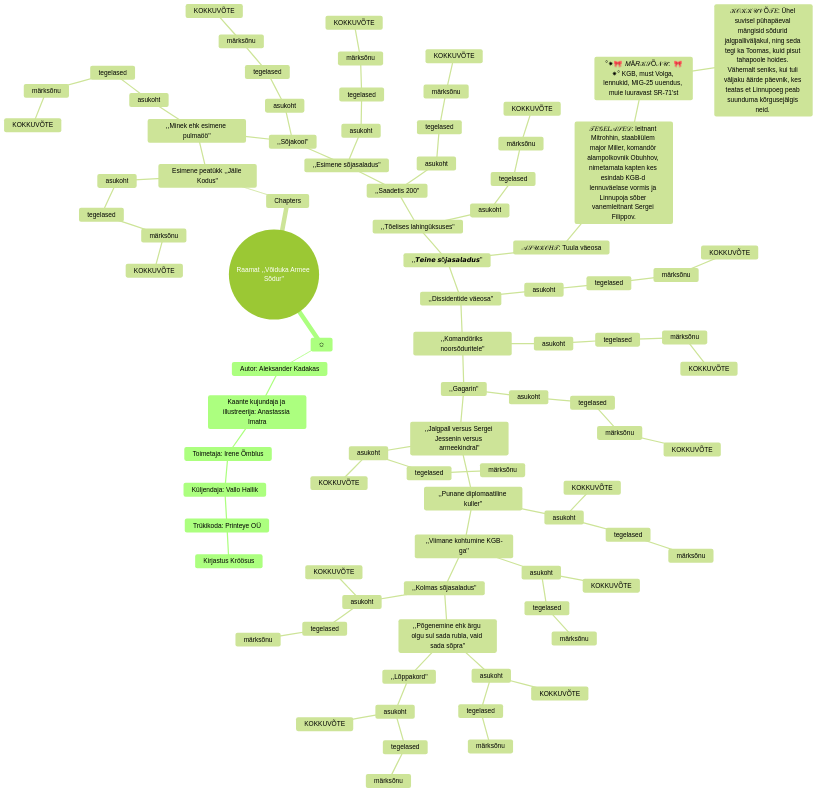
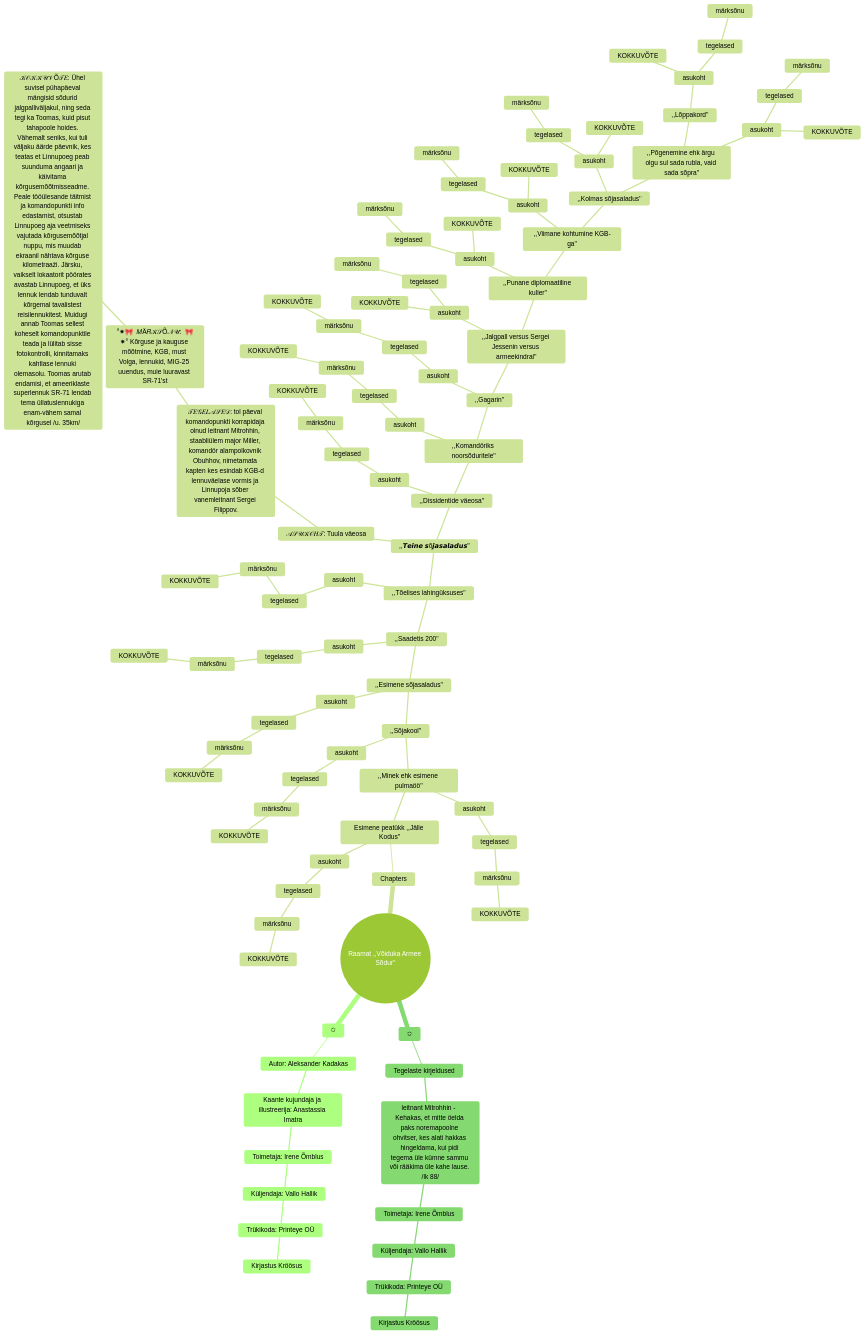
Before and after one commit to 4avik/Voiduka-Armee-Sodur: the first of 2 diagrams in README.md, drawn with Mermaid (forest theme).

````diff
--- a/README.md
+++ b/README.md
@@ -55,9 +55,9 @@
    		  	          ,,𝙏𝙚𝙞𝙣𝙚 𝙨õ𝙟𝙖𝙨𝙖𝙡𝙖𝙙𝙪𝙨''
           	            %%86
 				                𝒜𝒮𝒰𝒦𝒪𝐻𝒯: Tuula väeosa
-					                  𝒯𝐸𝒢𝐸𝐿𝒜𝒮𝐸𝒟: leitnant Mitrohhin, staabliülem major Miller, komandör alampolkovnik Obuhhov, nimetamata kapten kes esindab KGB-d lennuväelase vormis ja Linnupoja sõber vanemleitnant Sergei Filippov.
-						                   °✷🎀  𝑀Ä𝑅𝒦𝒮Õ𝒩𝒰:  🎀✷° KGB, must Volga, lennukid, MIG-25 uuendus, muie luuravast SR-71'st
-							                    𝒦𝒪𝒦𝒦𝒰𝒱Õ𝒯𝐸: Ühel suvisel pühapäeval mängisid sõdurid jalgpalliväljakul, ning seda tegi ka Toomas, kuid pisut tahapoole hoides. Vähemalt seniks, kui tuli väljaku äärde päevnik, kes teatas et Linnupoeg peab suunduma kõrgusejälgis neid. 
+					                  𝒯𝐸𝒢𝐸𝐿𝒜𝒮𝐸𝒟: tol päeval komandopunkti korrapidaja olnud leitnant Mitrohhin, staabliülem major Miller, komandör alampolkovnik Obuhhov, nimetamata kapten kes esindab KGB-d lennuväelase vormis ja Linnupoja sõber vanemleitnant Sergei Filippov.
+						                   °✷🎀  𝑀Ä𝑅𝒦𝒮Õ𝒩𝒰:  🎀✷° Kõrguse ja kauguse mõõtmine, KGB, must Volga, lennukid, MIG-25 uuendus, muie luuravast SR-71'st
+							                    𝒦𝒪𝒦𝒦𝒰𝒱Õ𝒯𝐸: Ühel suvisel pühapäeval mängisid sõdurid jalgpalliväljakul, ning seda tegi ka Toomas, kuid pisut tahapoole hoides. Vähemalt seniks, kui tuli väljaku äärde päevnik, kes teatas et Linnupoeg peab suunduma angaari ja käivitama kõrgusemõõtmisseadme. Peale tööülesande täitmist ja komandopunkti info edastamist, otsustab Linnupoeg aja veetmiseks vajutada kõrgusemõõtjal nuppu, mis muudab ekraanil nähtava kõrguse kilometraaži. Järsku, vaikselt lokaatorit pöörates avastab Linnupoeg, et üks lennuk lendab tunduvalt kõrgemal tavalistest reisilennukitest. Muidugi annab Toomas sellest koheselt komandopunktile teada ja lülitab sisse fotokontrolli, kinnitamaks kahtlase lennuki olemasolu. Toomas arutab endamisi, et ameeriklaste superlennuk SR-71 lendab tema üllatuslennukiga enam-vähem samal kõrgusel /u. 35km/
 
    		  	            ,,Dissidentide väeosa''
           	              %%94
@@ -113,4 +113,14 @@
 					                            				tegelased
 						                             				märksõnu
 							                          				KOKKUVÕTE
+
+
+
+     ✩
+      	Tegelaste kirjeldused
+      	  leitnant Mitrohhin -  Kehakas, et mitte öelda paks noremapoolne ohvitser, kes alati hakkas hingeldama, kui pidi tegema üle kümne sammu või rääkima üle kahe lause. /lk 88/
+      	    Toimetaja: Irene Õmblus
+      	      Küljendaja: Vallo Hallik
+      	        Trükikoda: Printeye OÜ
+      	          Kirjastus Kröösus
 ```
````
